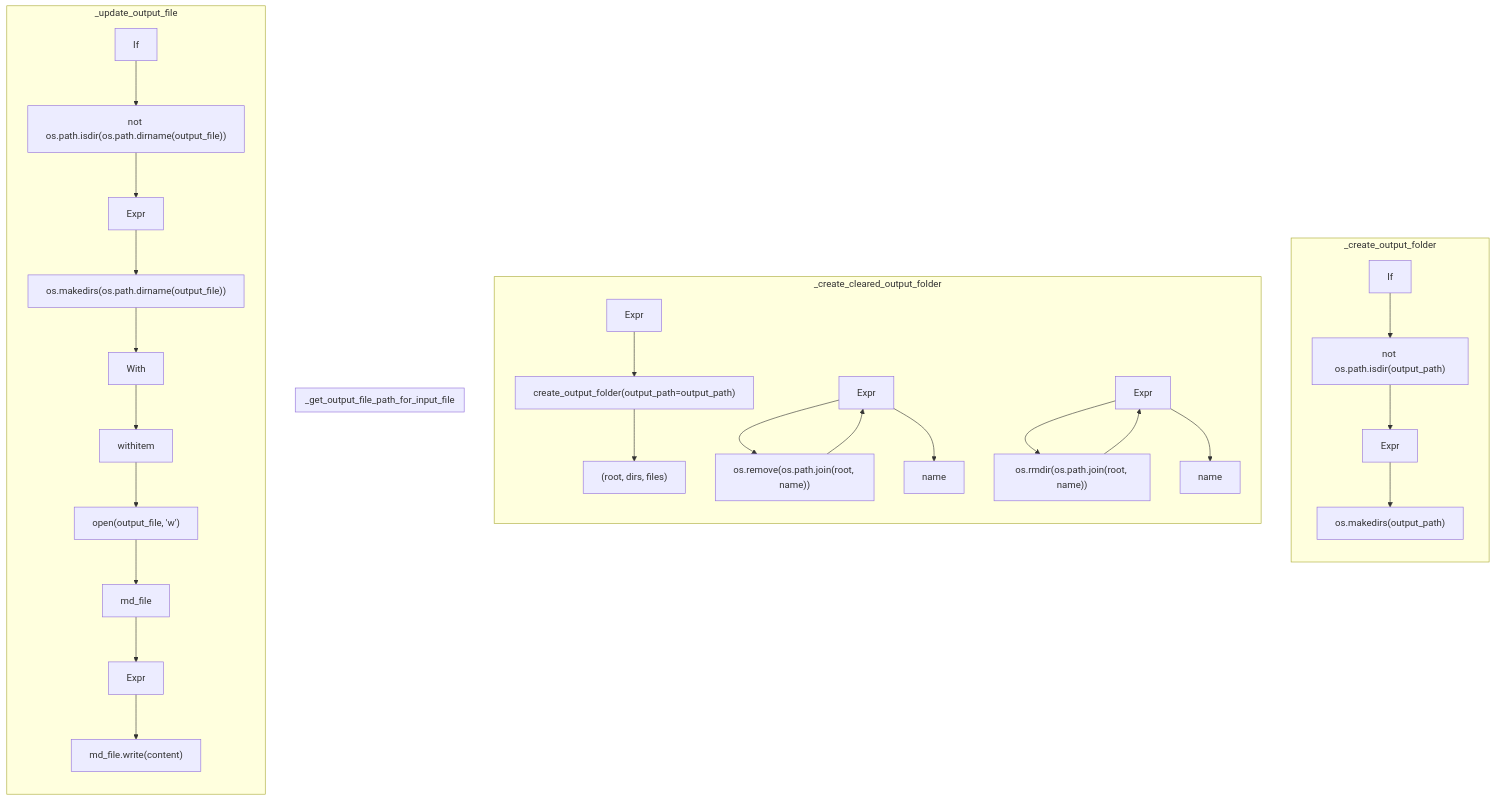
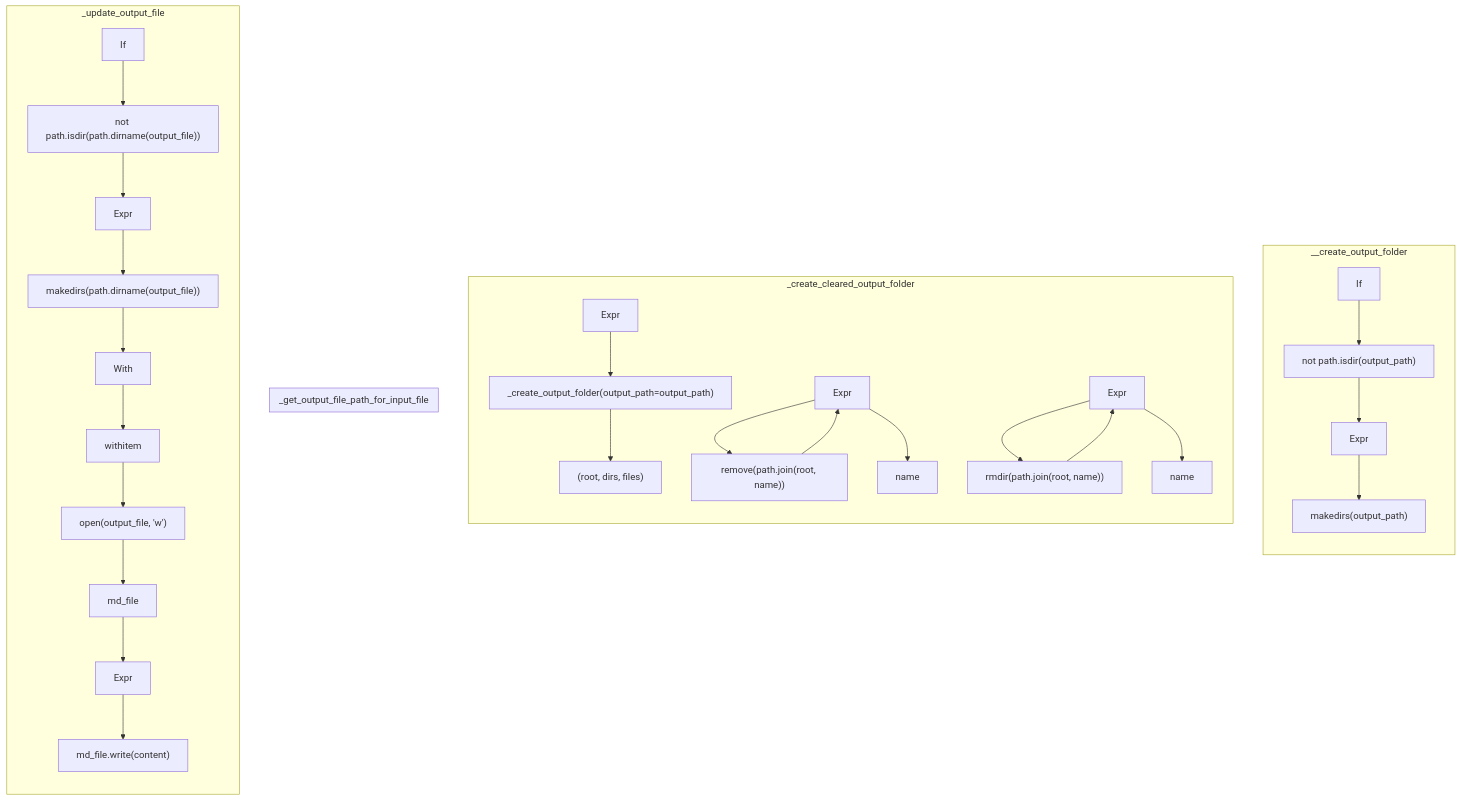
The diagram in docs/pyremaid/files/destination.py.md (MichaelReel/pyremaid), drawn with Mermaid before and after one commit. The commit also changed other lines of this file and 11 other files, not shown here.

````diff
--- a/docs/pyremaid/files/destination.py.md
+++ b/docs/pyremaid/files/destination.py.md
@@ -8,66 +12,66 @@
 ```mermaid
 flowchart TB
-  _f40_n139["If"]
-  _f40_n140["not os.path.isdir(output_path)"]
-  _f40_n141["Expr"]
-  _f40_n142["os.makedirs(output_path)"]
-  _f41_n143["Expr"]
-  _f41_n144["create_output_folder(output_path=output_path)"]
-  _f41_l42["(root, dirs, files)"]
-  _f41_l42_l43_n145["Expr"]
-  _f41_l42_l43_n146["os.remove(os.path.join(root, name))"]
-  _f41_l42_l44["name"]
-  _f41_l42_l44_n147["Expr"]
-  _f41_l42_l44_n148["os.rmdir(os.path.join(root, name))"]
-  _f41_l42_l43["name"]
-  _f46_n150["If"]
-  _f46_n151["not os.path.isdir(os.path.dirname(output_file))"]
-  _f46_n152["Expr"]
-  _f46_n153["os.makedirs(os.path.dirname(output_file))"]
-  _f46_n154["With"]
-  _f46_n155["withitem"]
-  _f46_n156["open(output_file, 'w')"]
-  _f46_n157["md_file"]
-  _f46_n158["Expr"]
-  _f46_n159["md_file.write(content)"]
+  _f41_n143["If"]
+  _f41_n144["not path.isdir(output_path)"]
+  _f41_n145["Expr"]
+  _f41_n146["makedirs(output_path)"]
+  _f42_n147["Expr"]
+  _f42_n148["_create_output_folder(output_path=output_path)"]
+  _f42_l43["(root, dirs, files)"]
+  _f42_l43_l44_n149["Expr"]
+  _f42_l43_l44_n150["remove(path.join(root, name))"]
+  _f42_l43_l45["name"]
+  _f42_l43_l45_n151["Expr"]
+  _f42_l43_l45_n152["rmdir(path.join(root, name))"]
+  _f42_l43_l44["name"]
+  _f47_n154["If"]
+  _f47_n155["not path.isdir(path.dirname(output_file))"]
+  _f47_n156["Expr"]
+  _f47_n157["makedirs(path.dirname(output_file))"]
+  _f47_n158["With"]
+  _f47_n159["withitem"]
+  _f47_n160["open(output_file, 'w')"]
+  _f47_n161["md_file"]
+  _f47_n162["Expr"]
+  _f47_n163["md_file.write(content)"]
 
-  subgraph _create_output_folder
+  subgraph __create_output_folder
     direction TB
-    _f40_n139 --> _f40_n140
-    _f40_n140 --> _f40_n141
-    _f40_n141 --> _f40_n142
+    _f41_n143 --> _f41_n144
+    _f41_n144 --> _f41_n145
+    _f41_n145 --> _f41_n146
   end
   subgraph _create_cleared_output_folder
     direction TB
-    _f41_n143 --> _f41_n144
-    _f41_n144 --> _f41_l42
+    _f42_n147 --> _f42_n148
+    _f42_n148 --> _f42_l43
     %% loop (root, dirs, files)
       %% loop name
-        _f41_l42_l43_n145 --> _f41_l42_l43_n146
+        _f42_l43_l44_n149 --> _f42_l43_l44_n150
       %% end name
-      _f41_l42_l43_n146 --> _f41_l42_l43_n145
-      _f41_l42_l43_n145 --> _f41_l42_l44
+      _f42_l43_l44_n150 --> _f42_l43_l44_n149
+      _f42_l43_l44_n149 --> _f42_l43_l45
       %% loop name
-        _f41_l42_l44_n147 --> _f41_l42_l44_n148
+        _f42_l43_l45_n151 --> _f42_l43_l45_n152
       %% end name
-      _f41_l42_l44_n148 --> _f41_l42_l44_n147
+      _f42_l43_l45_n152 --> _f42_l43_l45_n151
     %% end (root, dirs, files)
-    _f41_l42_l44_n147 --> _f41_l42_l43
+    _f42_l43_l45_n151 --> _f42_l43_l44
   end
   subgraph _get_output_file_path_for_input_file
     direction TB
   end
   subgraph _update_output_file
     direction TB
-    _f46_n150 --> _f46_n151
-    _f46_n151 --> _f46_n152
-    _f46_n152 --> _f46_n153
-    _f46_n153 --> _f46_n154
-    _f46_n154 --> _f46_n155
-    _f46_n155 --> _f46_n156
-    _f46_n156 --> _f46_n157
-    _f46_n157 --> _f46_n158
-    _f46_n158 --> _f46_n159
+    _f47_n154 --> _f47_n155
+    _f47_n155 --> _f47_n156
+    _f47_n156 --> _f47_n157
+    _f47_n157 --> _f47_n158
+    _f47_n158 --> _f47_n159
+    _f47_n159 --> _f47_n160
+    _f47_n160 --> _f47_n161
+    _f47_n161 --> _f47_n162
+    _f47_n162 --> _f47_n163
   end
 
 ```
````
